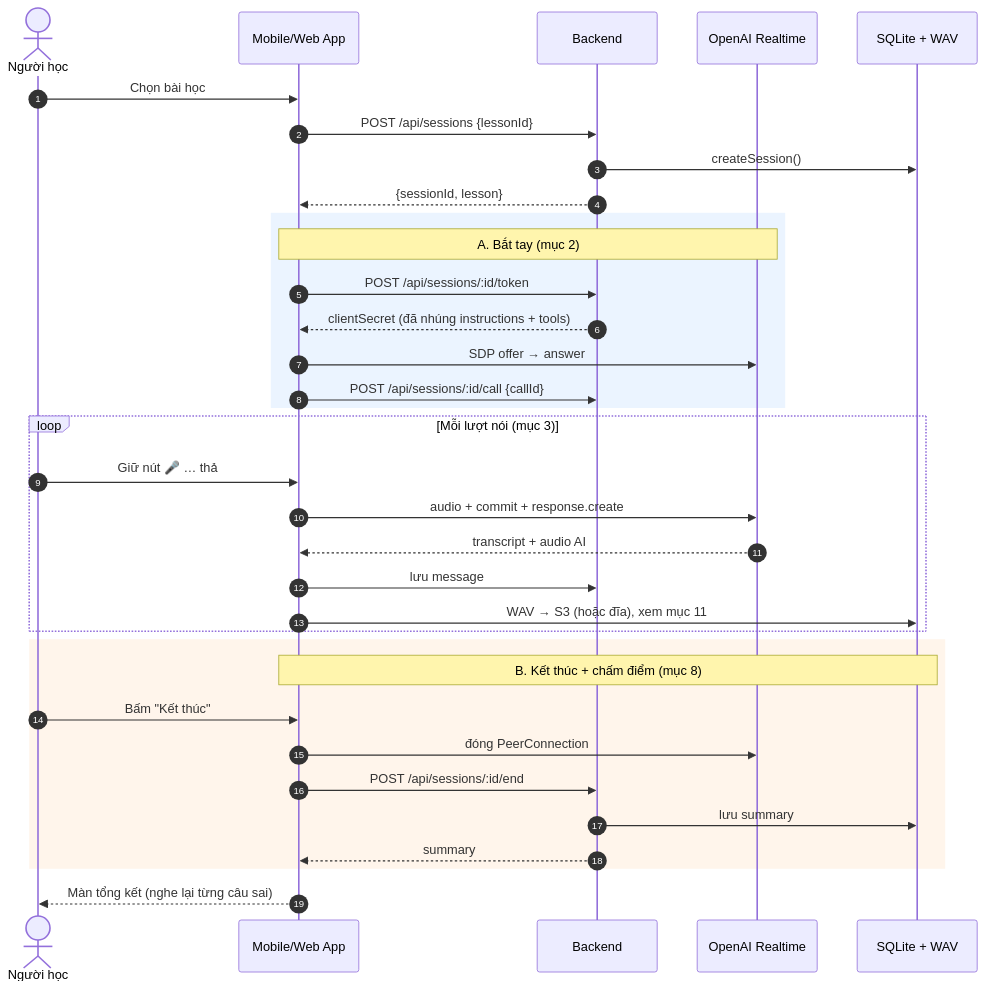
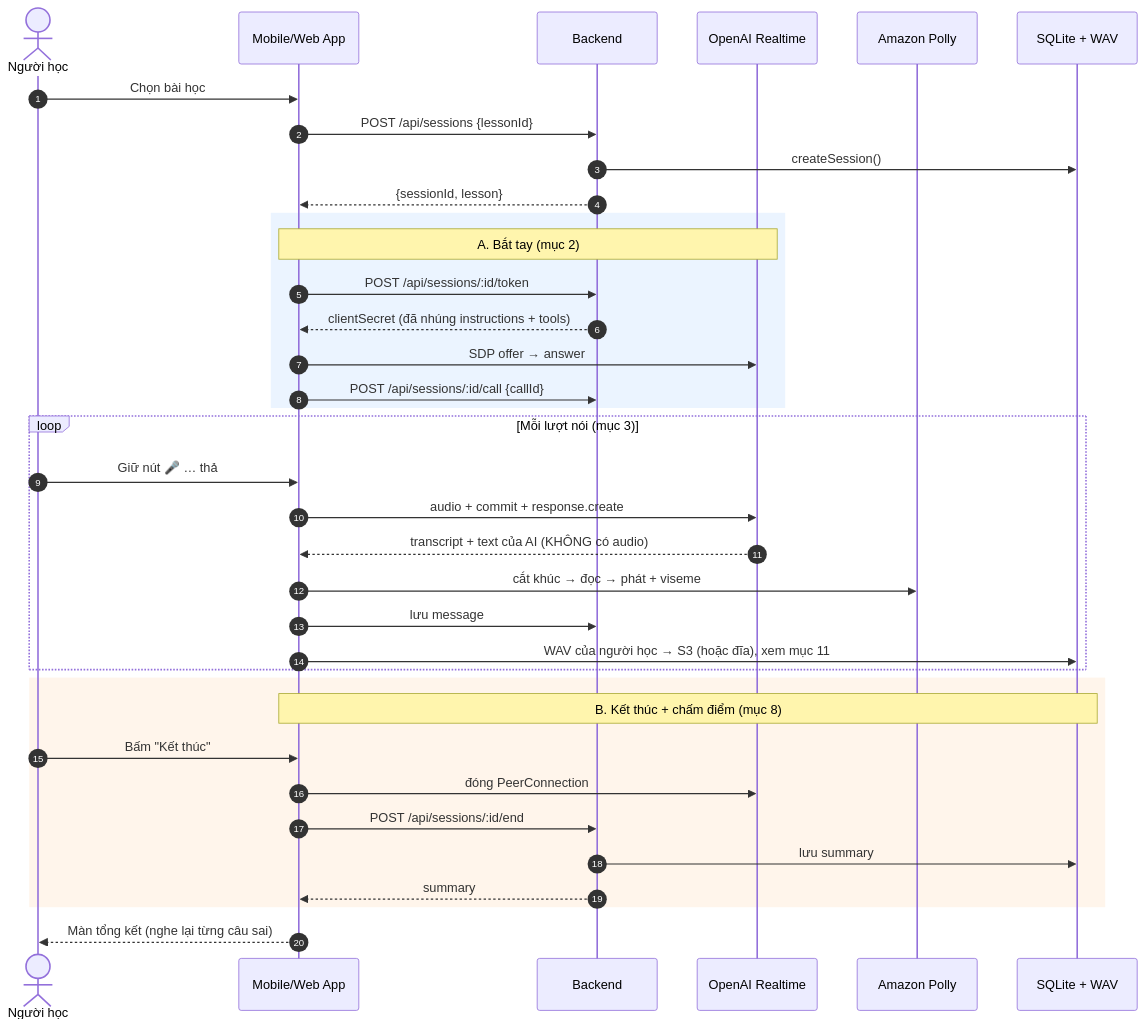
Before and after one commit to buingocthanh239/ai-talk-webrtc: the first of 11 diagrams in docs/ai-talk-flow.md, drawn with Mermaid. The commit also changed other lines of this file and 29 other files, not shown here.

````diff
--- a/docs/ai-talk-flow.md
+++ b/docs/ai-talk-flow.md
@@ -36,41 +48,43 @@
 ```mermaid
 sequenceDiagram
     autonumber
     actor U as Người học
     participant App as Mobile/Web App
     participant BE as Backend
     participant OAI as OpenAI Realtime
+    participant P as Amazon Polly
     participant DB as SQLite + WAV
 
     U->>App: Chọn bài học
     App->>BE: POST /api/sessions {lessonId}
     BE->>DB: createSession()
     BE-->>App: {sessionId, lesson}
 
     rect rgb(235, 244, 255)
         Note over App,OAI: A. Bắt tay (mục 2)
         App->>BE: POST /api/sessions/:id/token
         BE-->>App: clientSecret (đã nhúng instructions + tools)
         App->>OAI: SDP offer → answer
         App->>BE: POST /api/sessions/:id/call {callId}
     end
 
     loop Mỗi lượt nói (mục 3)
         U->>App: Giữ nút 🎤 … thả
         App->>OAI: audio + commit + response.create
-        OAI-->>App: transcript + audio AI
+        OAI-->>App: transcript + text của AI (KHÔNG có audio)
+        App->>P: cắt khúc → đọc → phát + viseme
         App->>BE: lưu message
-        App->>DB: WAV → S3 (hoặc đĩa), xem mục 11
+        App->>DB: WAV của người học → S3 (hoặc đĩa), xem mục 11
     end
 
     rect rgb(255, 245, 235)
         Note over App,DB: B. Kết thúc + chấm điểm (mục 8)
         U->>App: Bấm "Kết thúc"
         App->>OAI: đóng PeerConnection
         App->>BE: POST /api/sessions/:id/end
         BE->>DB: lưu summary
         BE-->>App: summary
     end
 
     App-->>U: Màn tổng kết (nghe lại từng câu sai)
 ```
````
